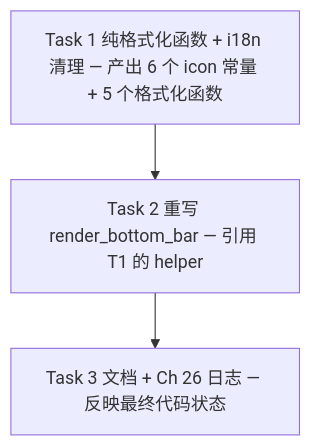
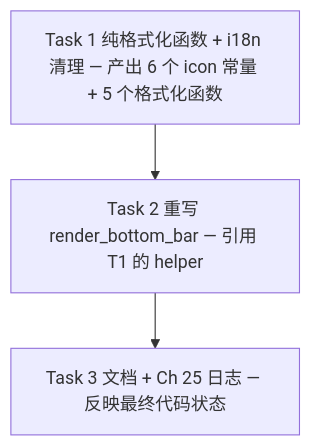
One commit to rust-infra/tact changed the second of 4 diagrams in book/12_chapter_subagent_zh.md. Above: the diagram before and after it, drawn with Mermaid. The commit also changed other lines of this file and 91 other files, not shown here.

````diff
--- a/book/12_chapter_subagent_zh.md
+++ b/book/12_chapter_subagent_zh.md
@@ -282,5 +282,5 @@
 ```mermaid
 graph TD
     a_t1[Task 1 纯格式化函数 + i18n 清理 — 产出 6 个 icon 常量 + 5 个格式化函数] --> b_t2[Task 2 重写 render_bottom_bar — 引用 T1 的 helper]
-    b_t2 --> c_t3[Task 3 文档 + Ch 26 日志 — 反映最终代码状态]
+    b_t2 --> c_t3[Task 3 文档 + Ch 25 日志 — 反映最终代码状态]
 ```
````
